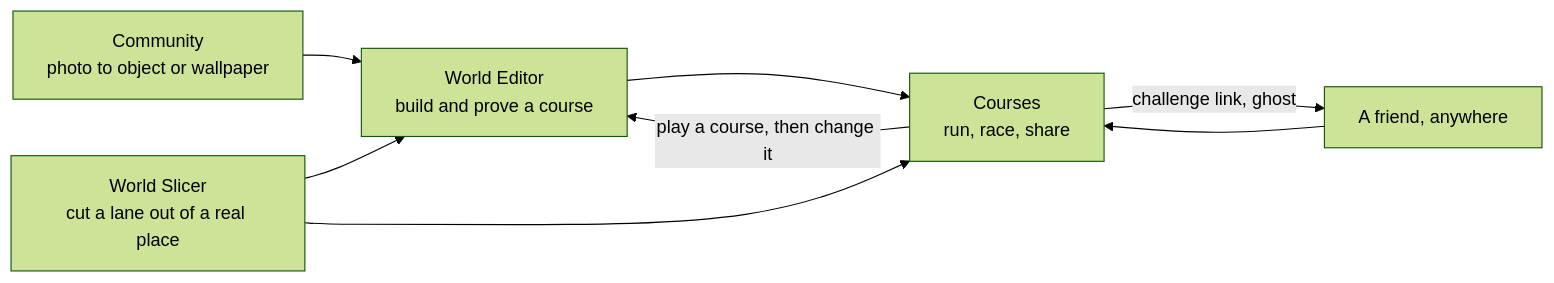
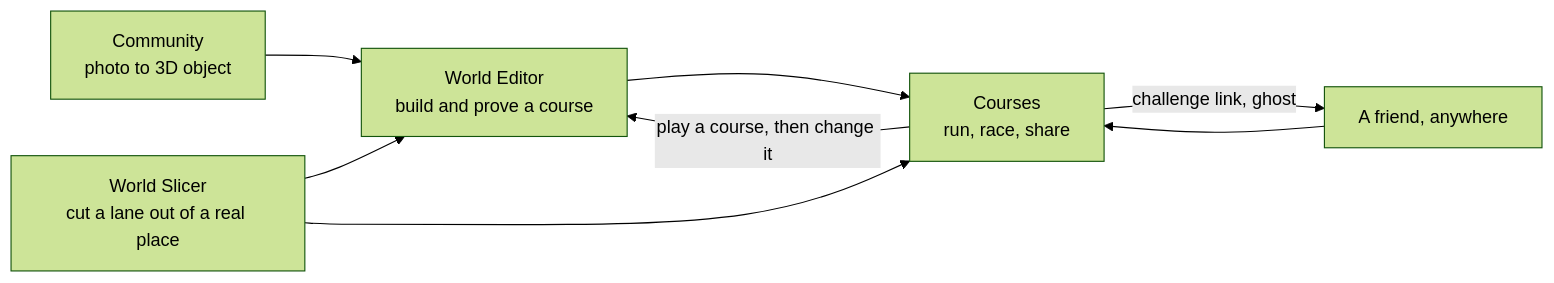
Before and after one commit to gitgithan/conquercourse: the second of 8 diagrams in README.md, drawn with Mermaid (forest theme). The commit also changed other lines of this file, not shown here.

Commit message:
README: tree, test and clone counts, cold start, privacy and Community wording match the code - Part of CC-133

````diff
--- a/README.md
+++ b/README.md
@@ -304,10 +304,10 @@
 ```mermaid
 flowchart LR
-  COM["Community<br/>photo to object or wallpaper"] --> ED["World Editor<br/>build and prove a course"]
+  COM["Community<br/>photo to 3D object"] --> ED["World Editor<br/>build and prove a course"]
   SLI["World Slicer<br/>cut a lane out of a real place"] --> ED
   SLI --> CRS["Courses<br/>run, race, share"]
   ED --> CRS
   CRS -->|"play a course, then change it"| ED
   CRS -->|"challenge link, ghost"| FRI["A friend, anywhere"]
   FRI --> CRS
 ```
````
